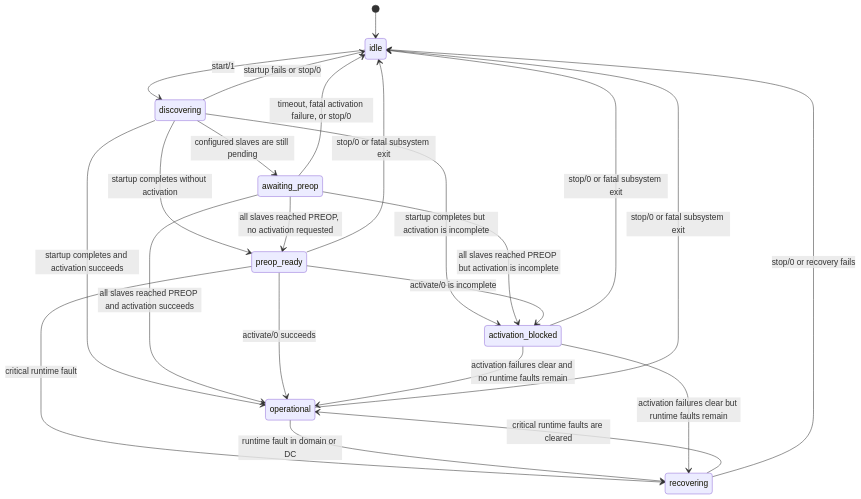
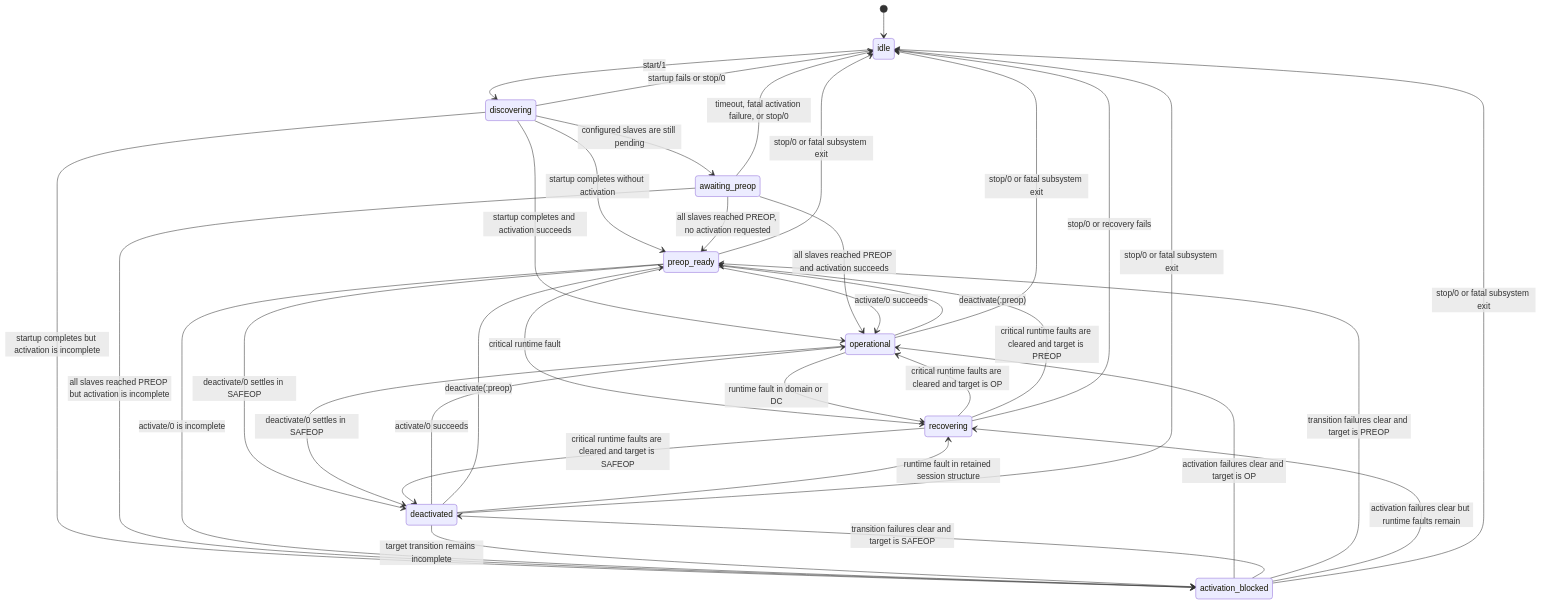
One commit to sid2baker/ethercat changed the third of 3 diagrams in lib/ethercat/master.md. Above: the diagram before and after it, drawn with Mermaid. The commit also changed other lines of this file and 8 other files, not shown here.

````diff
--- a/lib/ethercat/master.md
+++ b/lib/ethercat/master.md
@@ -110,25 +111,37 @@
 ```mermaid
 stateDiagram-v2
     [*] --> idle
     idle --> discovering: start/1
     discovering --> awaiting_preop: configured slaves are still pending
     discovering --> preop_ready: startup completes without activation
     discovering --> operational: startup completes and activation succeeds
     discovering --> activation_blocked: startup completes but activation is incomplete
     discovering --> idle: startup fails or stop/0
     awaiting_preop --> preop_ready: all slaves reached PREOP, no activation requested
     awaiting_preop --> operational: all slaves reached PREOP and activation succeeds
     awaiting_preop --> activation_blocked: all slaves reached PREOP but activation is incomplete
     awaiting_preop --> idle: timeout, fatal activation failure, or stop/0
     preop_ready --> operational: activate/0 succeeds
+    preop_ready --> deactivated: deactivate/0 settles in SAFEOP
     preop_ready --> activation_blocked: activate/0 is incomplete
     preop_ready --> recovering: critical runtime fault
     preop_ready --> idle: stop/0 or fatal subsystem exit
+    deactivated --> operational: activate/0 succeeds
+    deactivated --> preop_ready: deactivate(:preop)
+    deactivated --> activation_blocked: target transition remains incomplete
+    deactivated --> recovering: runtime fault in retained session structure
+    deactivated --> idle: stop/0 or fatal subsystem exit
     operational --> recovering: runtime fault in domain or DC
+    operational --> deactivated: deactivate/0 settles in SAFEOP
+    operational --> preop_ready: deactivate(:preop)
     operational --> idle: stop/0 or fatal subsystem exit
-    activation_blocked --> operational: activation failures clear and no runtime faults remain
+    activation_blocked --> operational: activation failures clear and target is OP
+    activation_blocked --> deactivated: transition failures clear and target is SAFEOP
+    activation_blocked --> preop_ready: transition failures clear and target is PREOP
     activation_blocked --> recovering: activation failures clear but runtime faults remain
     activation_blocked --> idle: stop/0 or fatal subsystem exit
-    recovering --> operational: critical runtime faults are cleared
+    recovering --> operational: critical runtime faults are cleared and target is OP
+    recovering --> deactivated: critical runtime faults are cleared and target is SAFEOP
+    recovering --> preop_ready: critical runtime faults are cleared and target is PREOP
     recovering --> idle: stop/0 or recovery fails
 ```
````
